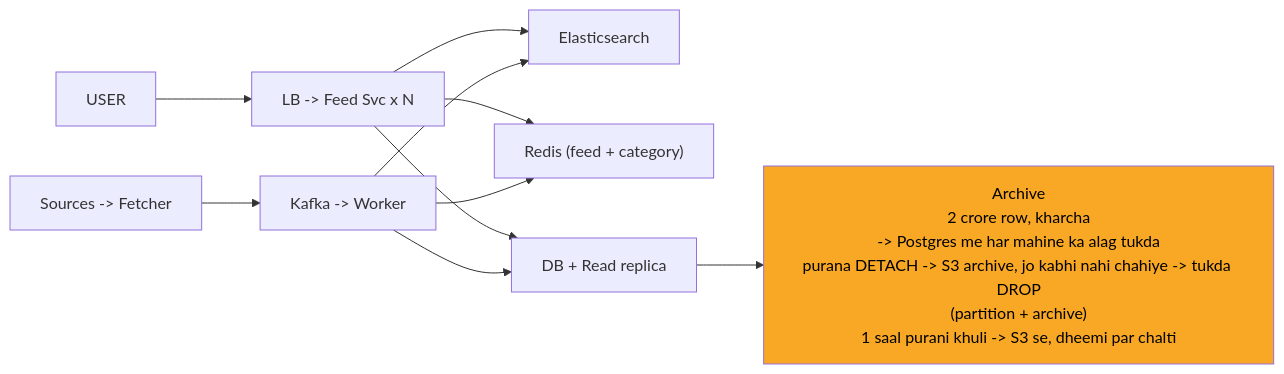
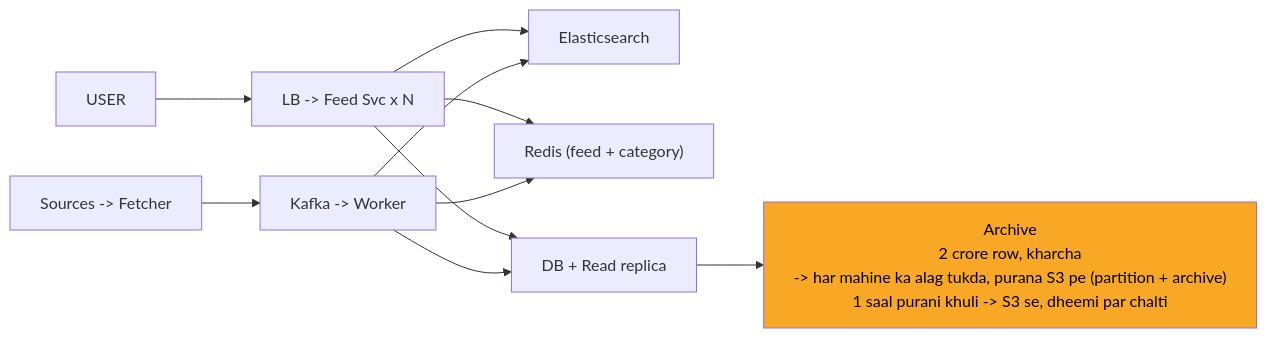
One commit to ArpanMaheshwari144/Prep changed the diagram in 04_HLD/SYSTEM_DESIGNS/08_news_aggregator/img/c8.mmd. Above: the diagram before and after it, drawn with Mermaid. The commit also changed 39 other files, not shown here.

```diff
--- a/04_HLD/SYSTEM_DESIGNS/08_news_aggregator/img/c8.mmd
+++ b/04_HLD/SYSTEM_DESIGNS/08_news_aggregator/img/c8.mmd
@@ -1,20 +1,20 @@
 %%{init: {"flowchart": {"wrappingWidth": 450}}}%%
 flowchart LR
     n_USER["USER"]
     n_LF["LB -> Feed Svc x N"]
     n_Elasticsearch["Elasticsearch"]
     n_Redis["Redis (feed + category)"]
     n_DBR["DB + Read replica"]
-    n_Archive["Archive<br/>2 crore row, kharcha<br/>-> Postgres me har mahine ka alag tukda<br/>purana DETACH -> S3 archive, jo kabhi nahi chahiye -> tukda DROP<br/>(partition + archive)<br/>1 saal purani khuli -> S3 se, dheemi par chalti"]
+    n_Archive["Archive<br/>2 crore row, kharcha<br/>-> har mahine ka alag tukda, purana S3 pe (partition + archive)<br/>1 saal purani khuli -> S3 se, dheemi par chalti"]
     n_KW["Kafka -> Worker"]
     n_SF["Sources -> Fetcher"]
     n_USER --> n_LF
     n_LF --> n_Elasticsearch
     n_LF --> n_Redis
     n_LF --> n_DBR
     n_DBR --> n_Archive
     n_KW --> n_DBR
     n_KW --> n_Redis
     n_KW --> n_Elasticsearch
     n_SF --> n_KW
     style n_Archive fill:#f9a825,color:#000
```
